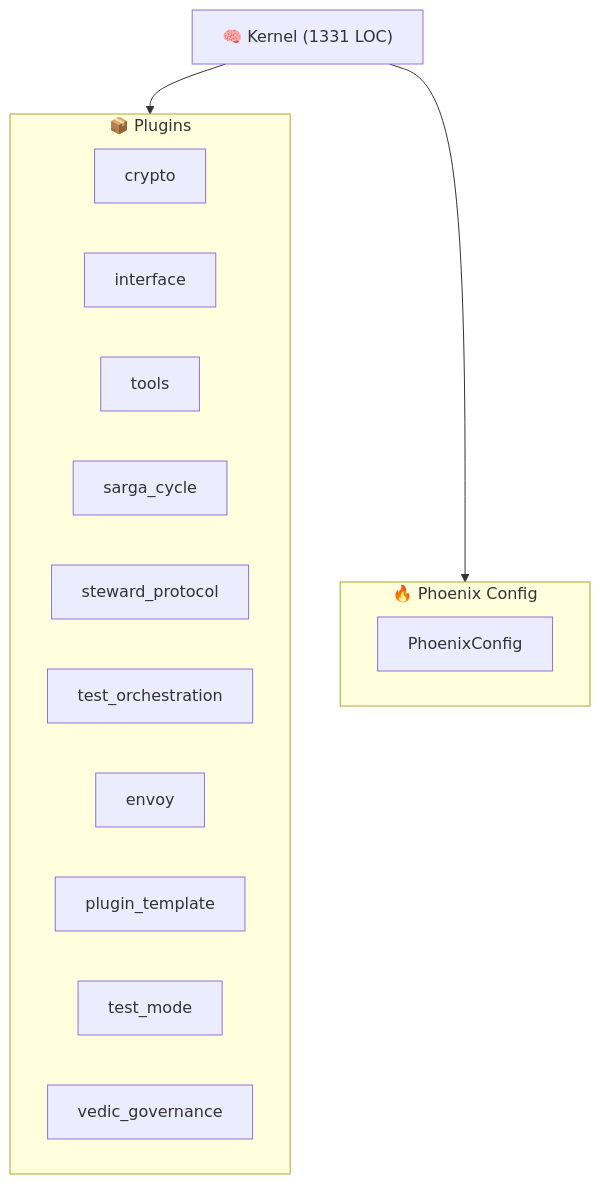
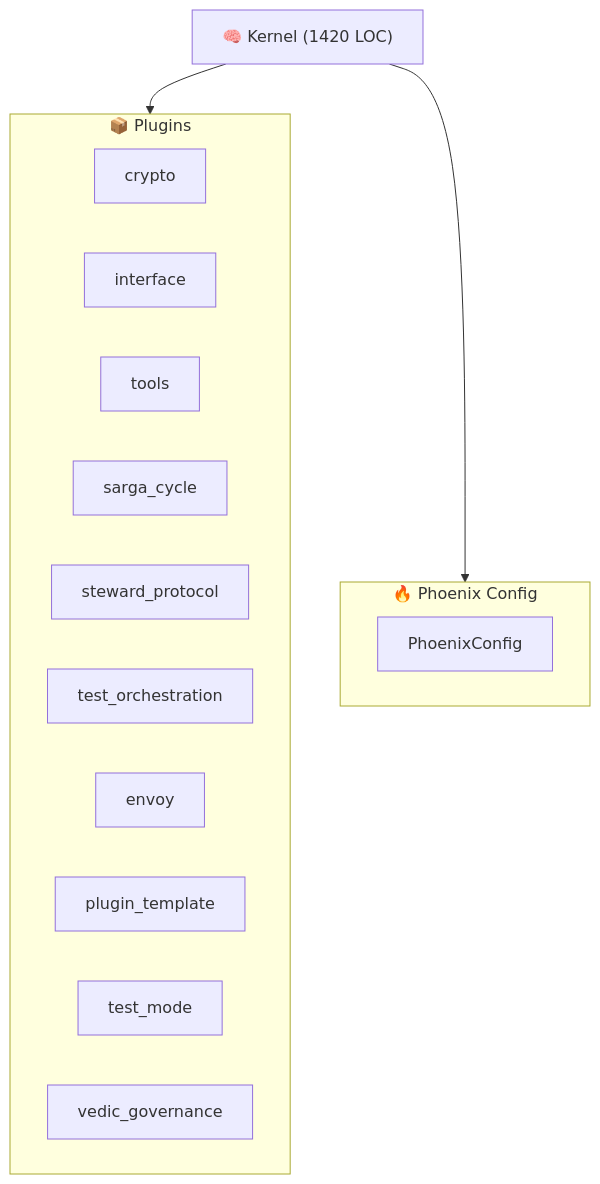
Before and after one commit to kimeisele/steward-protocol: the diagram in ARCHITECTURE.md, drawn with Mermaid. The commit also changed other lines of this file and 15 other files, not shown here.

````diff
--- a/ARCHITECTURE.md
+++ b/ARCHITECTURE.md
@@ -9,21 +9,21 @@
 ```mermaid
 graph TB
-    K["🧠 Kernel (1331 LOC)"]
+    K["🧠 Kernel (1420 LOC)"]
     subgraph Plugins["📦 Plugins"]
         P_crypto["crypto"]
         P_interface["interface"]
         P_tools["tools"]
         P_sarga_cycle["sarga_cycle"]
         P_steward_protocol["steward_protocol"]
         P_test_orchestration["test_orchestration"]
         P_envoy["envoy"]
         P_plugin_template["plugin_template"]
         P_test_mode["test_mode"]
         P_vedic_governance["vedic_governance"]
     end
     K --> Plugins
     subgraph Config["🔥 Phoenix Config"]
         PC[PhoenixConfig]
     end
     K --> Config
 ```
````
